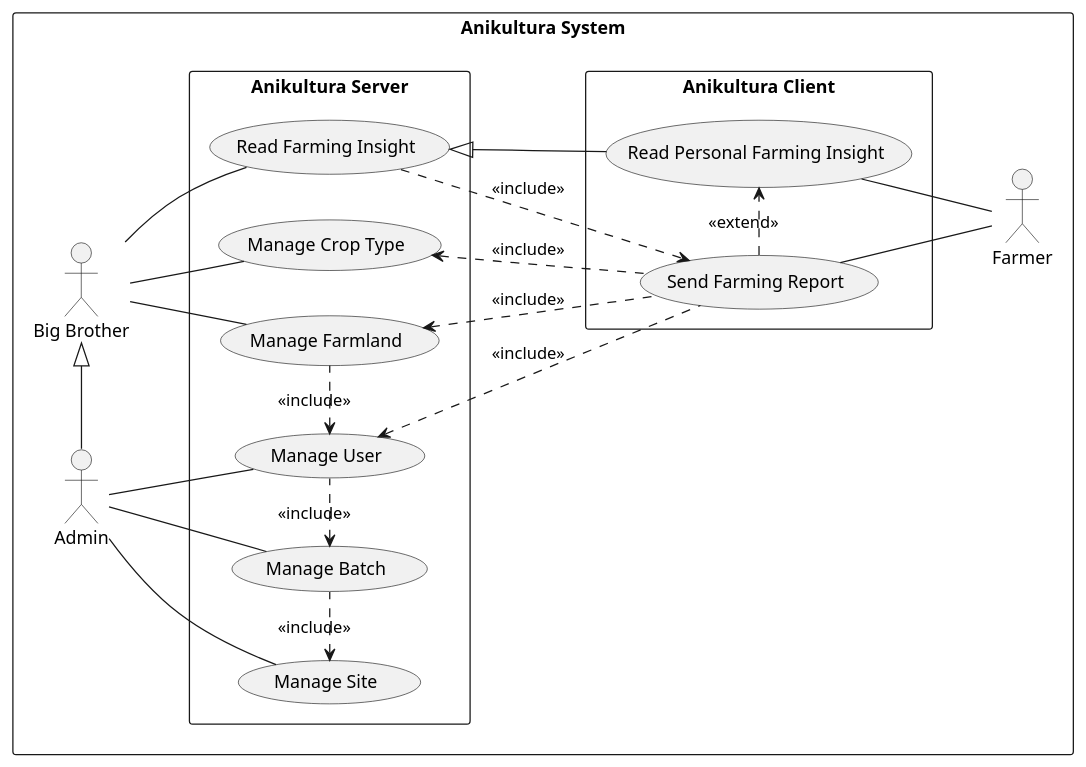
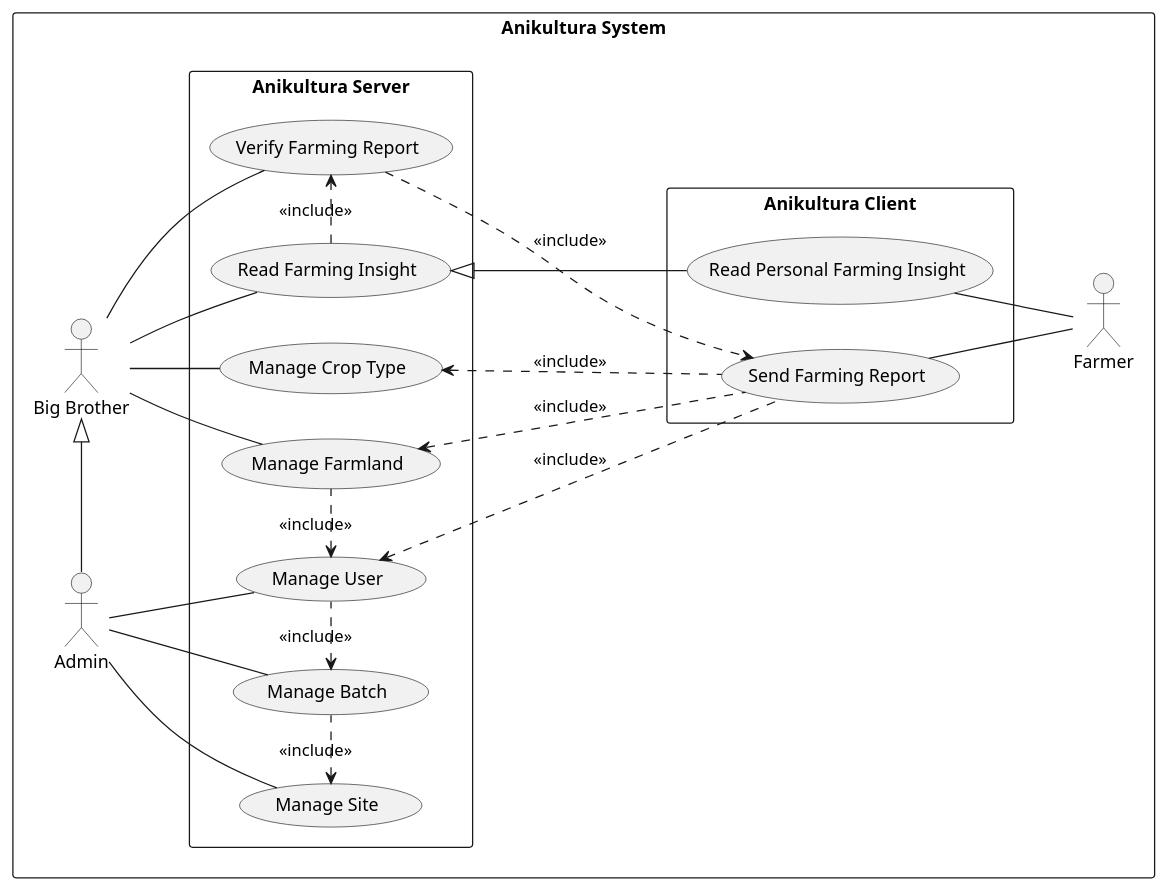
Before and after one commit to radical-doubting/anikultura-diagrams: the diagram in plantuml/proposed/usecase.wsd, drawn with PlantUML. The commit also changed 6 other files, not shown here.

Commit message:
Updated usecase and activity diagrams

```diff
--- a/plantuml/proposed/usecase.wsd
+++ b/plantuml/proposed/usecase.wsd
@@ -1,65 +1,62 @@
 @startuml
 
 left to right direction
 
 rectangle "Anikultura System" {
     actor "Big Brother" as bigbro
     actor "Admin" as admin
     actor "Farmer" as farmer
 
     rectangle "Anikultura Server" {
         usecase "Manage User" as AD1
         usecase "Manage Batch" as AD2
         usecase "Manage Farmland" as AD3
         usecase "Manage Crop Type" as AD4
         usecase "Manage Site" as AD5
+
+        usecase "Verify Farming Report" as AD6
         usecase "Read Farming Insight" as FD3
-        ' usecase "Authenticate" as C1.1
     }
 
     rectangle "Anikultura Client" {
         usecase "Send Farming Report" as FD1
         usecase "Read Personal Farming Insight" as FD2
     }
 }
 
 ' Admin Usecases
 
 admin -- AD1
 admin -- AD2
 bigbro -- AD3
 bigbro -- AD4
+bigbro -- AD6
 admin -- AD5
 
 admin -|> bigbro
-
-' AD1 ..> C1.1 : <<include>>
-' AD2 ..> C1.1 : <<include>>
-' AD3 ..> C1.1 : <<include>>
-' AD4 ..> C1.1 : <<include>>
-' AD5 ..> C1.1 : <<include>>
-
 
 ' Usecase Dependencies
 
 AD5 <. AD2 : <<include>>
 AD2 <. AD1 : <<include>>
 AD1 <. AD3 : <<include>>
 
 ' Farming Report to Manage Dependencies
-AD1 <.. FD1 : <<include>>
-AD3 <.. FD1 : <<include>>
-AD4 <.. FD1 : <<include>>
+AD1 <. FD1 : <<include>>
+AD3 <. FD1 : <<include>>
+AD4 <. FD1 : <<include>>
 
 ' Farming Insight
 bigbro -- FD3
-FD3 <|-- FD2
-FD3 ..> FD1 : <<include>>
+FD3 .> AD6 : <<include>>
+AD6 ..> FD1 : <<include>>
+
+FD3 <|--- FD2
 
 FD1 -- farmer
 FD2 -- farmer
 
-FD1 .> FD2 : <<extend>>
+' FD1 .> FD2 : <<extend>>
 
 
 @enduml
```
